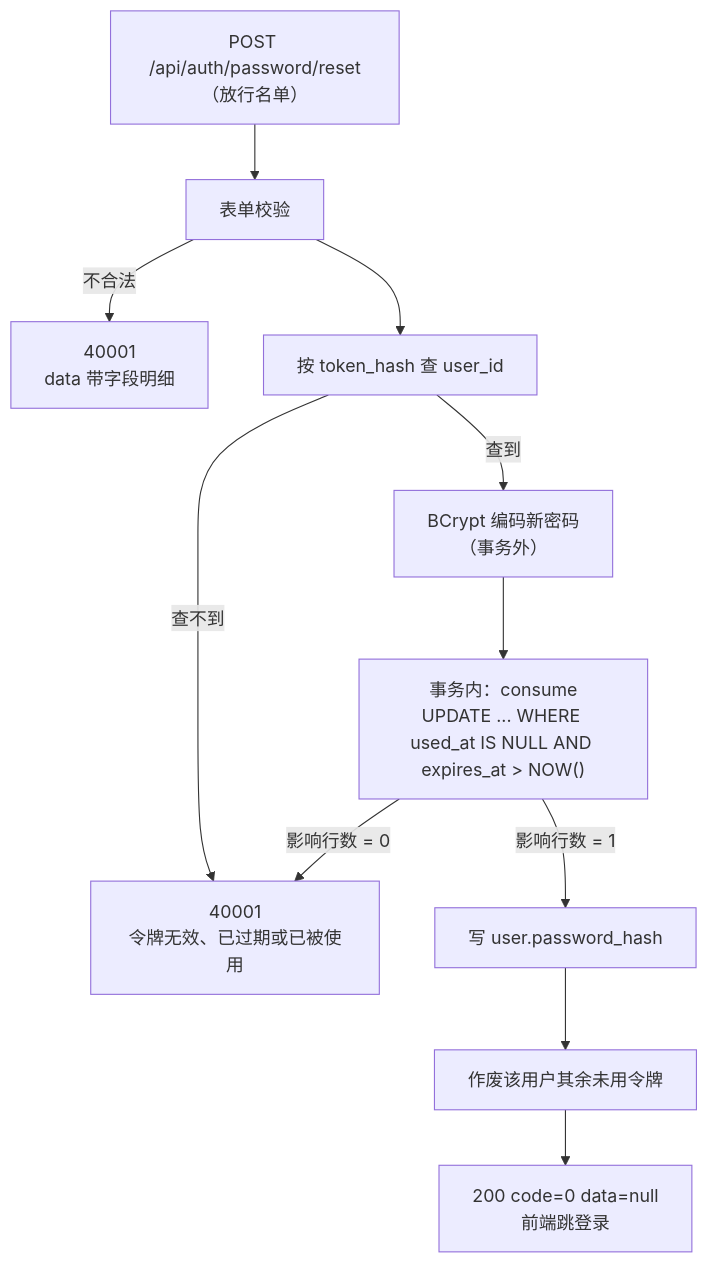
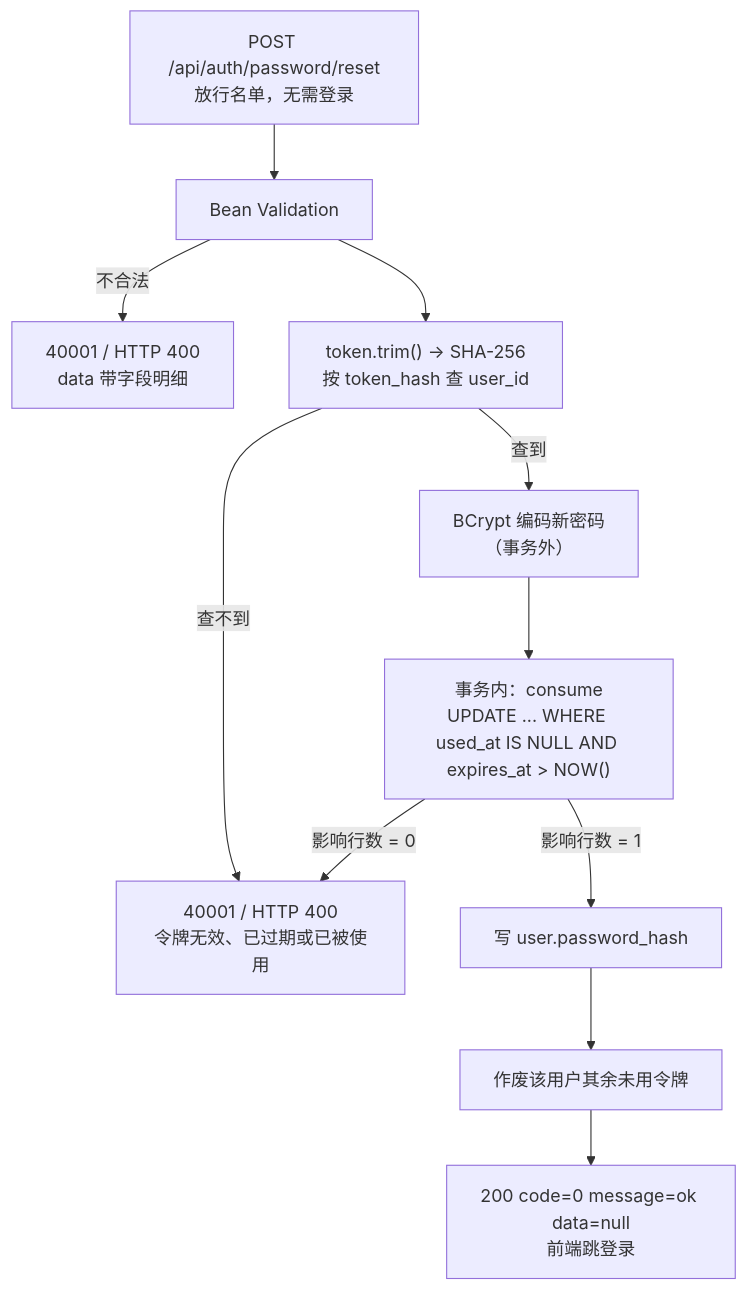
One commit to ShiwarHoufu/jotang-note changed the third of 3 diagrams in docs/功能说明/auth/密码找回.md. Above: the diagram before and after it, drawn with Mermaid. The commit also changed other lines of this file and 16 other files, not shown here.

````diff
--- a/docs/功能说明/auth/密码找回.md
+++ b/docs/功能说明/auth/密码找回.md
@@ -55,13 +82,13 @@
 ```mermaid
 flowchart TD
-    A["POST /api/auth/password/reset（放行名单）"] --> B["表单校验"]
-    B -->|不合法| E1["40001<br/>data 带字段明细"]
-    B --> C["按 token_hash 查 user_id"]
-    C -->|查不到| E2["40001<br/>令牌无效、已过期或已被使用"]
+    A["POST /api/auth/password/reset<br/>放行名单，无需登录"] --> B["Bean Validation"]
+    B -->|不合法| E1["40001 / HTTP 400<br/>data 带字段明细"]
+    B --> C["token.trim() → SHA-256<br/>按 token_hash 查 user_id"]
+    C -->|查不到| E2["40001 / HTTP 400<br/>令牌无效、已过期或已被使用"]
     C -->|查到| D["BCrypt 编码新密码<br/>（事务外）"]
     D --> F["事务内：consume<br/>UPDATE ... WHERE used_at IS NULL AND expires_at > NOW()"]
     F -->|影响行数 = 0| E2
     F -->|影响行数 = 1| G["写 user.password_hash"]
     G --> H["作废该用户其余未用令牌"]
-    H --> I["200 code=0 data=null<br/>前端跳登录"]
+    H --> I["200 code=0 message=ok data=null<br/>前端跳登录"]
 ```
````
